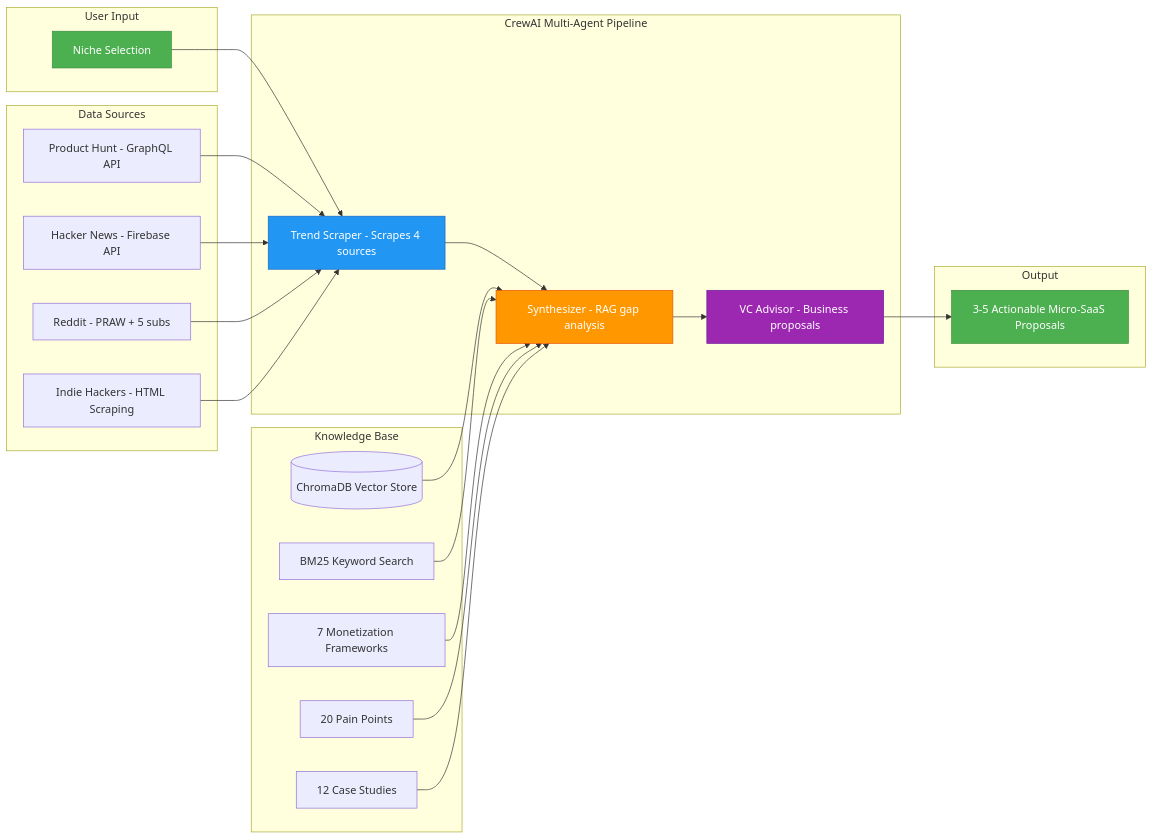
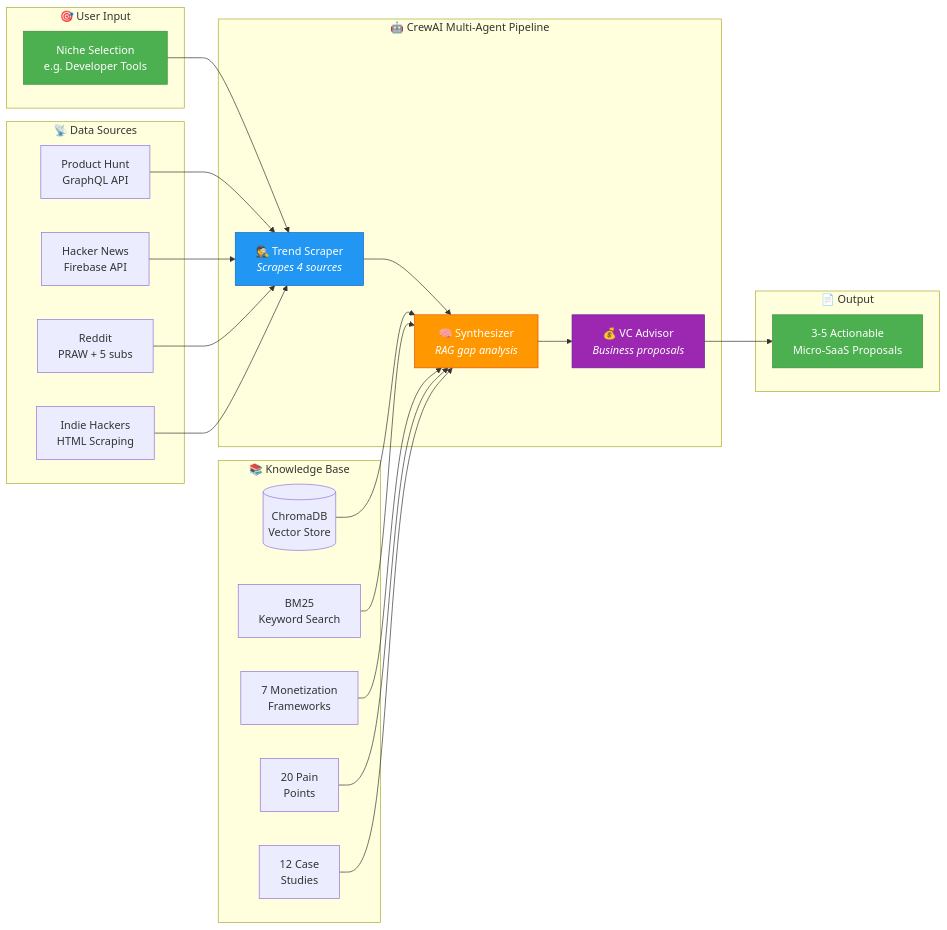
The first of 7 diagrams in README.md (soumyachk101/IdeaForge), drawn with Mermaid before and after one commit. The commit also changed other lines of this file, not shown here.

````diff
--- a/README.md
+++ b/README.md
@@ -54,50 +45,43 @@
 ```mermaid
 flowchart LR
-    subgraph INPUT["User Input"]
-        A["Niche Selection"]
+    subgraph INPUT["🎯 User Input"]
+        A["Niche Selection<br/>e.g. Developer Tools"]
     end
 
-    subgraph AGENTS["CrewAI Multi-Agent Pipeline"]
-        B["Trend Scraper - Scrapes 4 sources"]
-        C["Synthesizer - RAG gap analysis"]
-        D["VC Advisor - Business proposals"]
+    subgraph AGENTS["🤖 CrewAI Multi-Agent Pipeline"]
+        B["🕵️ Trend Scraper<br/><i>Scrapes 4 sources</i>"]
+        C["🧠 Synthesizer<br/><i>RAG gap analysis</i>"]
+        D["💰 VC Advisor<br/><i>Business proposals</i>"]
     end
 
-    subgraph SOURCES["Data Sources"]
-        E["Product Hunt - GraphQL API"]
-        F["Hacker News - Firebase API"]
-        G["Reddit - PRAW + 5 subs"]
-        H["Indie Hackers - HTML Scraping"]
+    subgraph SOURCES["📡 Data Sources"]
+        E["Product Hunt<br/>GraphQL API"]
+        F["Hacker News<br/>Firebase API"]
+        G["Reddit<br/>PRAW + 5 subs"]
+        H["Indie Hackers<br/>HTML Scraping"]
     end
 
-    subgraph RAG["Knowledge Base"]
-        I[("ChromaDB Vector Store")]
-        J["BM25 Keyword Search"]
-        K["7 Monetization Frameworks"]
-        L["20 Pain Points"]
-        M["12 Case Studies"]
+    subgraph RAG["📚 Knowledge Base"]
+        I[("ChromaDB<br/>Vector Store")]
+        J["BM25<br/>Keyword Search"]
+        K["7 Monetization<br/>Frameworks"]
+        L["20 Pain<br/>Points"]
+        M["12 Case<br/>Studies"]
     end
 
-    subgraph OUTPUT["Output"]
-        N["3-5 Actionable Micro-SaaS Proposals"]
+    subgraph OUTPUT["📄 Output"]
+        N["3-5 Actionable<br/>Micro-SaaS Proposals"]
     end
 
     A --> B
     B --> C --> D
-    E --> B
-    F --> B
-    G --> B
-    H --> B
-    I --> C
-    J --> C
-    K --> C
-    L --> C
-    M --> C
+    E & F & G & H --> B
+    I & J & K & L & M --> C
     D --> N
 
     style A fill:#4CAF50,stroke:#388E3C,color:#fff
     style B fill:#2196F3,stroke:#1565C0,color:#fff
     style C fill:#FF9800,stroke:#E65100,color:#fff
     style D fill:#9C27B0,stroke:#6A1B9A,color:#fff
     style N fill:#4CAF50,stroke:#388E3C,color:#fff
 ```
````
